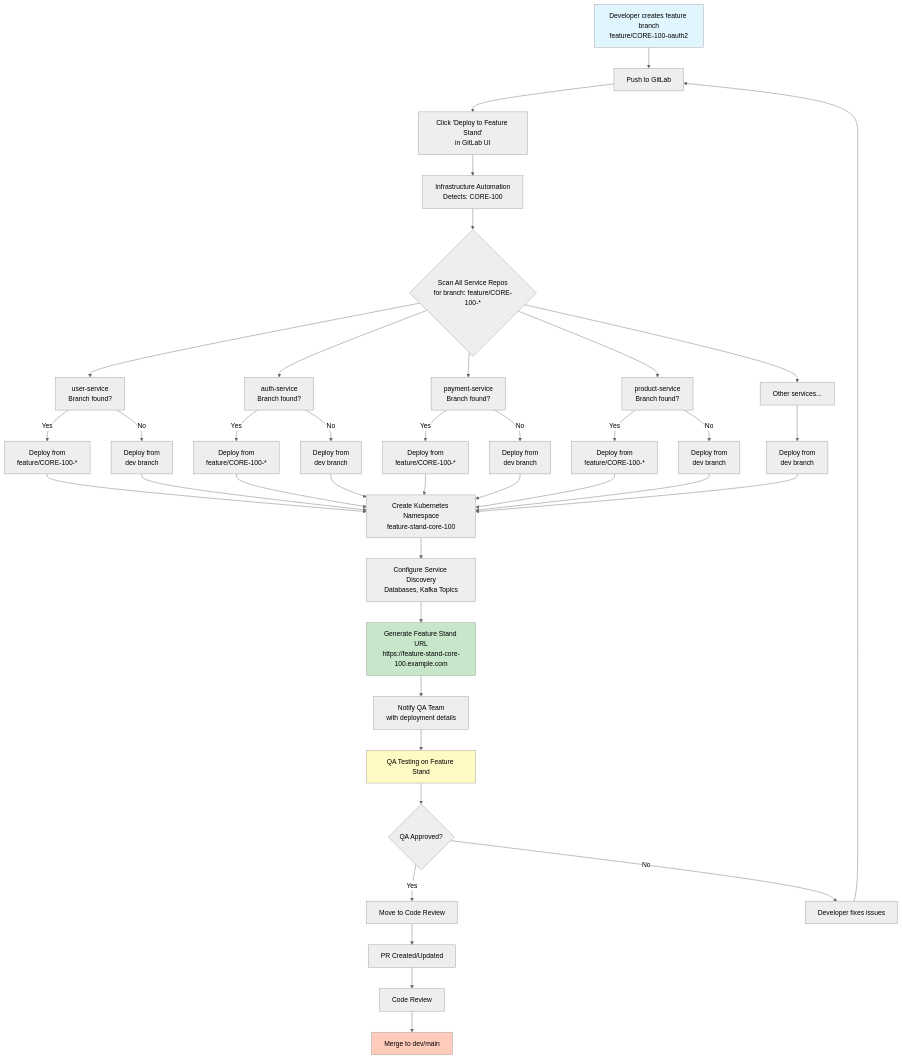
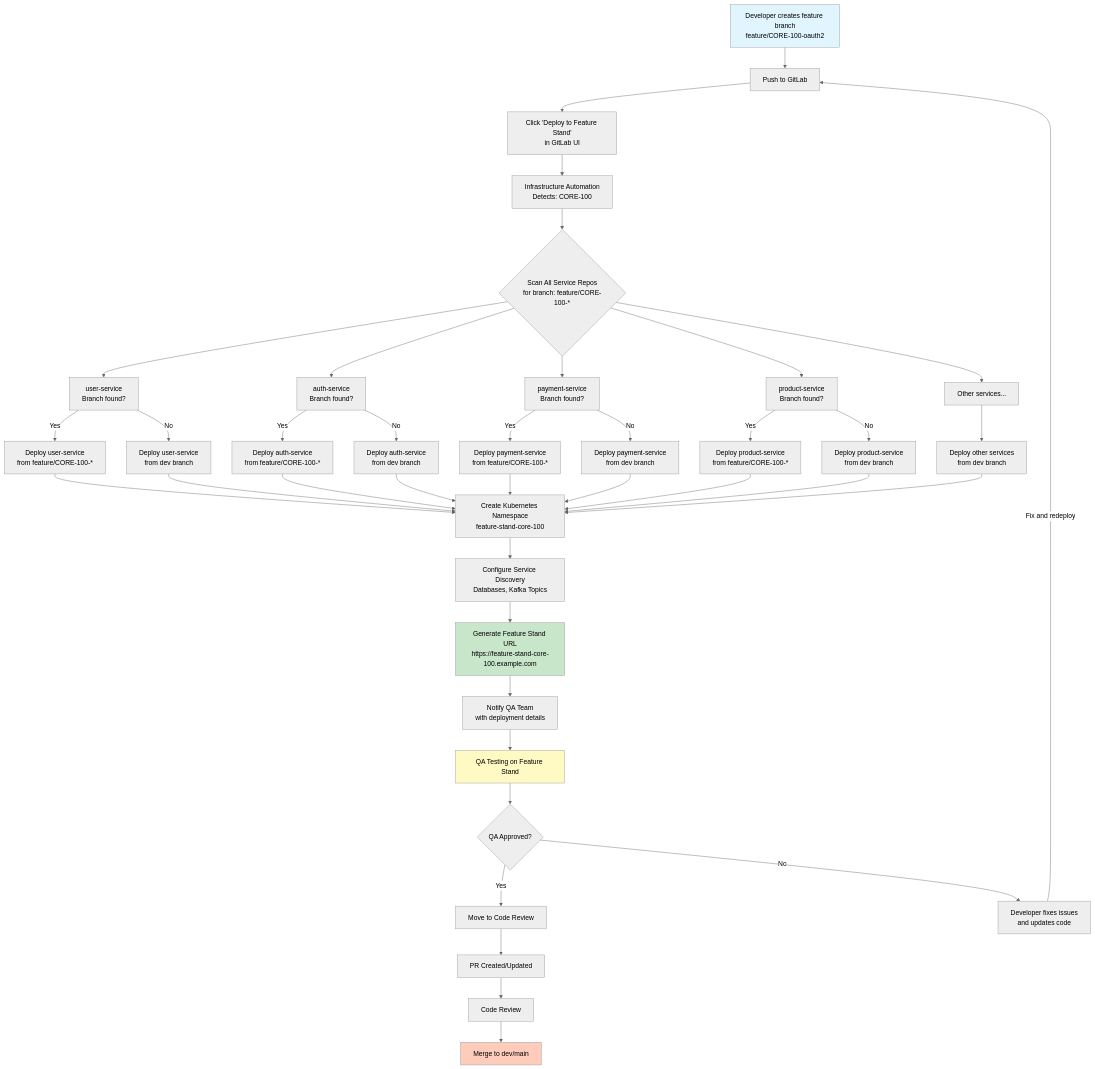
Before and after one commit to recferret-bit/finharbor: the second of 4 diagrams in index.md, drawn with Mermaid (neutral theme). The commit also changed 1 other file, not shown here.

Commit message:
Refactor: Clarify service deployment in diagrams

````diff
--- a/index.md
+++ b/index.md
@@ -1295,53 +1295,53 @@
 ```mermaid
 flowchart TD
     A[Developer creates feature branch<br/>feature/CORE-100-oauth2] --> B[Push to GitLab]
     B --> C[Click 'Deploy to Feature Stand'<br/>in GitLab UI]
     C --> D[Infrastructure Automation<br/>Detects: CORE-100]
     D --> E{Scan All Service Repos<br/>for branch: feature/CORE-100-*}
     E --> F1[user-service<br/>Branch found?]
     E --> F2[auth-service<br/>Branch found?]
     E --> F3[payment-service<br/>Branch found?]
     E --> F4[product-service<br/>Branch found?]
     E --> F5[Other services...]
     
-    F1 -->|Yes| G1[Deploy from<br/>feature/CORE-100-*]
-    F1 -->|No| H1[Deploy from<br/>dev branch]
+    F1 -->|Yes| G1["Deploy user-service<br/>from feature/CORE-100-*"]
+    F1 -->|No| H1["Deploy user-service<br/>from dev branch"]
     
-    F2 -->|Yes| G2[Deploy from<br/>feature/CORE-100-*]
-    F2 -->|No| H2[Deploy from<br/>dev branch]
+    F2 -->|Yes| G2["Deploy auth-service<br/>from feature/CORE-100-*"]
+    F2 -->|No| H2["Deploy auth-service<br/>from dev branch"]
     
-    F3 -->|Yes| G3[Deploy from<br/>feature/CORE-100-*]
-    F3 -->|No| H3[Deploy from<br/>dev branch]
+    F3 -->|Yes| G3["Deploy payment-service<br/>from feature/CORE-100-*"]
+    F3 -->|No| H3["Deploy payment-service<br/>from dev branch"]
     
-    F4 -->|Yes| G4[Deploy from<br/>feature/CORE-100-*]
-    F4 -->|No| H4[Deploy from<br/>dev branch]
+    F4 -->|Yes| G4["Deploy product-service<br/>from feature/CORE-100-*"]
+    F4 -->|No| H4["Deploy product-service<br/>from dev branch"]
     
-    F5 --> H5[Deploy from<br/>dev branch]
+    F5 --> H5["Deploy other services<br/>from dev branch"]
     
     G1 --> I[Create Kubernetes Namespace<br/>feature-stand-core-100]
     G2 --> I
     G3 --> I
     G4 --> I
     H1 --> I
     H2 --> I
     H3 --> I
     H4 --> I
     H5 --> I
     
     I --> J[Configure Service Discovery<br/>Databases, Kafka Topics]
     J --> K[Generate Feature Stand URL<br/>https://feature-stand-core-100.example.com]
     K --> L[Notify QA Team<br/>with deployment details]
     L --> M[QA Testing on Feature Stand]
     M --> N{QA Approved?}
     N -->|Yes| O[Move to Code Review]
-    N -->|No| P[Developer fixes issues]
-    P --> B
+    N -->|No| P[Developer fixes issues<br/>and updates code]
+    P -->|Fix and redeploy| B
     O --> Q[PR Created/Updated]
     Q --> R[Code Review]
     R --> S[Merge to dev/main]
     
     style A fill:#e1f5ff
     style K fill:#c8e6c9
     style M fill:#fff9c4
     style S fill:#ffccbc
 ```
````
